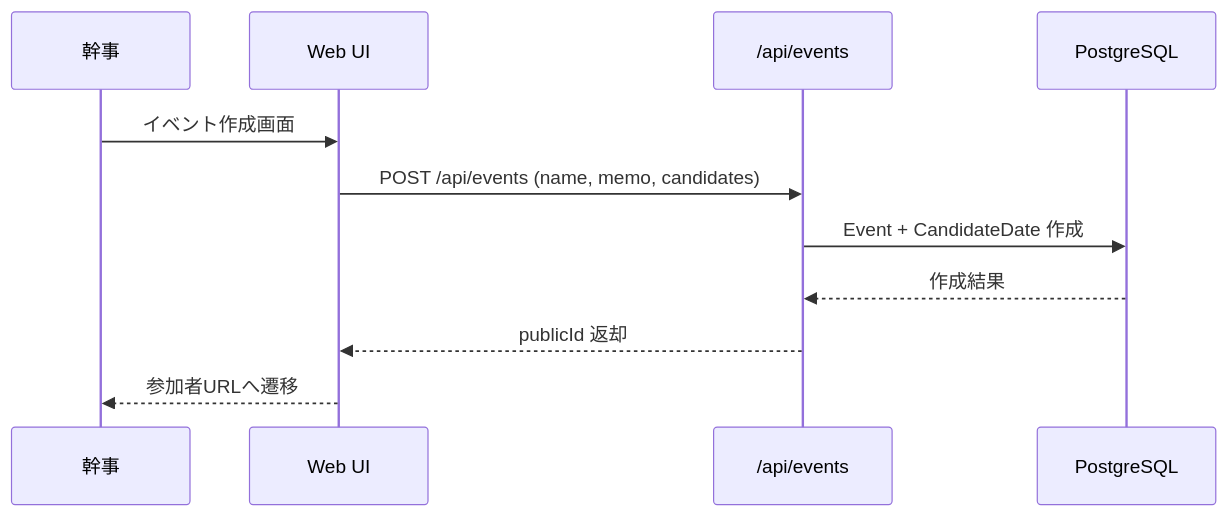
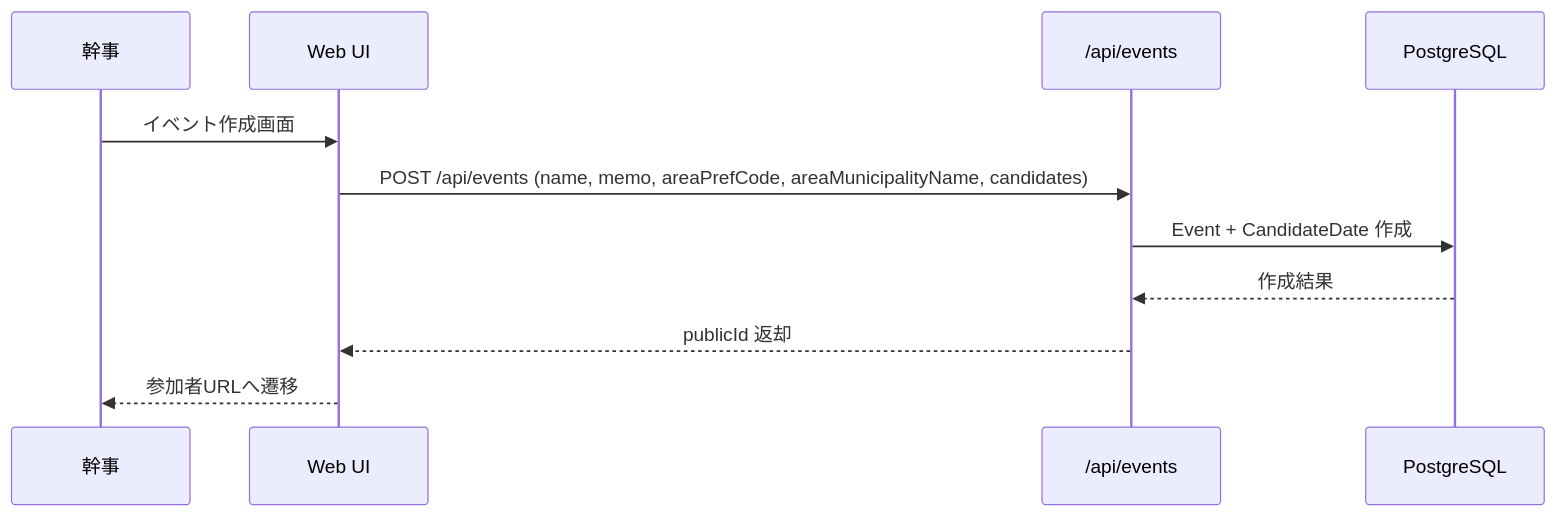
Before and after one commit to tojiinoue/kanjikun: the diagram in docs/diagrams/flow-event-creation.md, drawn with Mermaid. The commit also changed 48 other files, not shown here.

````diff
--- a/docs/diagrams/flow-event-creation.md
+++ b/docs/diagrams/flow-event-creation.md
@@ -3,14 +3,14 @@
 ```mermaid
 sequenceDiagram
   participant A as 幹事
   participant UI as Web UI
   participant API as /api/events
   participant DB as PostgreSQL
 
   A->>UI: イベント作成画面
-  UI->>API: POST /api/events (name, memo, candidates)
+  UI->>API: POST /api/events (name, memo, areaPrefCode, areaMunicipalityName, candidates)
   API->>DB: Event + CandidateDate 作成
   DB-->>API: 作成結果
   API-->>UI: publicId 返却
   UI-->>A: 参加者URLへ遷移
 ```
````
